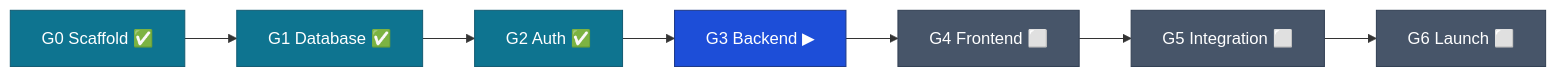
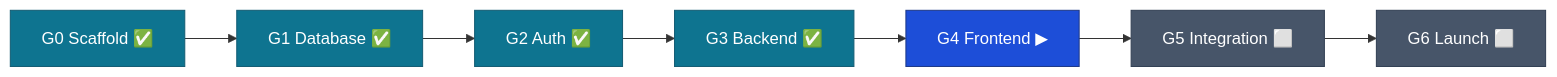
Before and after one commit to KSDRILL-SA/fundslink-Academy: the first of 2 diagrams in docs/README.md, drawn with Mermaid. The commit also changed other lines of this file and 13 other files, not shown here.

````diff
--- a/docs/README.md
+++ b/docs/README.md
@@ -16,7 +16,7 @@
 ```mermaid
 graph LR
-  G0["G0 Scaffold ✅"]:::done --> G1["G1 Database ✅"]:::done --> G2["G2 Auth ✅"]:::done --> G3["G3 Backend ▶"]:::now --> G4["G4 Frontend ⬜"]:::todo --> G5["G5 Integration ⬜"]:::todo --> G6["G6 Launch ⬜"]:::todo
+  G0["G0 Scaffold ✅"]:::done --> G1["G1 Database ✅"]:::done --> G2["G2 Auth ✅"]:::done --> G3["G3 Backend ✅"]:::done --> G4["G4 Frontend ▶"]:::now --> G5["G5 Integration ⬜"]:::todo --> G6["G6 Launch ⬜"]:::todo
   classDef done fill:#0e7490,color:#fff,stroke:#155e75;
   classDef now fill:#1d4ed8,color:#fff,stroke:#1e3a8a;
   classDef todo fill:#475569,color:#fff,stroke:#334155;
 ```
````
